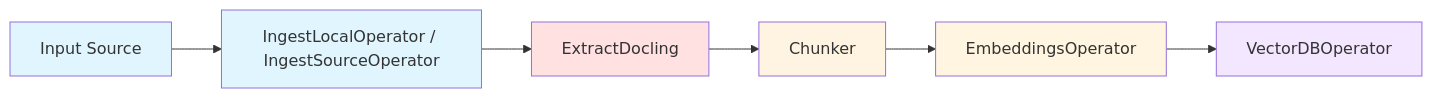
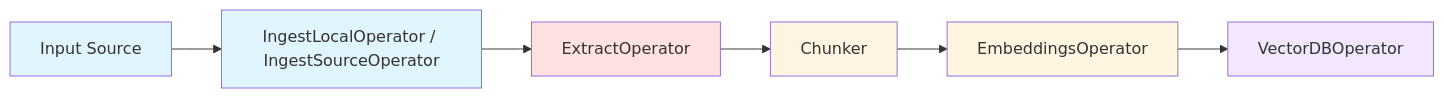
Before and after one commit to anupvarma007-ui/datasift-opensource: diagram 12 of 27 in ARCHITECTURE.md, drawn with Mermaid. The commit also changed other lines of this file and 20 other files, not shown here.

First line of the commit message:
Add LiteLLM support for entity extraction in ExtractOperator (#257)

````diff
--- a/ARCHITECTURE.md
+++ b/ARCHITECTURE.md
@@ -1015,18 +1014,18 @@
 ```mermaid
 graph LR
     SRC[Input Source]
     ING[IngestLocalOperator / IngestSourceOperator]
-    EXT[ExtractDocling]
+    EXT[ExtractOperator]
     CHK[Chunker]
     EMB[EmbeddingsOperator]
     VDB[VectorDBOperator]
 
     SRC --> ING --> EXT --> CHK --> EMB --> VDB
 
     style SRC fill:#e1f5ff
     style ING fill:#e1f5ff
     style EXT fill:#ffe1e1
     style CHK fill:#fff4e1
     style EMB fill:#fff5e1
     style VDB fill:#f3e6ff
 ```
````
